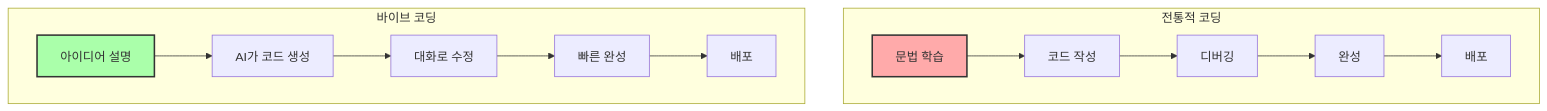
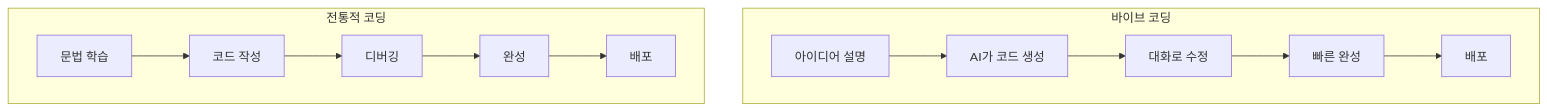
One commit to weniv/mdpre changed the diagram in 바이브코딩/바이브코딩_강의자료1_바이브코딩.md. Above: the diagram before and after it, drawn with Mermaid. The commit also changed other lines of this file and 3 other files, not shown here.

````diff
--- a/바이브코딩/바이브코딩_강의자료1_바이브코딩.md
+++ b/바이브코딩/바이브코딩_강의자료1_바이브코딩.md
@@ -195,19 +196,16 @@
 ```mermaid
 graph TD
-    subgraph "전통적 코딩"
-        T1[문법 학습] --> T2[코드 작성]
-        T2 --> T3[디버깅]
-        T3 --> T4[완성]
-        T4 --> T5[배포]
-    end
-    
     subgraph "바이브 코딩"
         V1[아이디어 설명] --> V2[AI가 코드 생성]
         V2 --> V3[대화로 수정]
         V3 --> V4[빠른 완성]
         V4 --> V5[배포]
     end
     
-    style T1 fill:#faa,stroke:#333,stroke-width:2px
-    style V1 fill:#afa,stroke:#333,stroke-width:2px
+    subgraph "전통적 코딩"
+        T1[문법 학습] --> T2[코드 작성]
+        T2 --> T3[디버깅]
+        T3 --> T4[완성]
+        T4 --> T5[배포]
+    end
 ```
````
